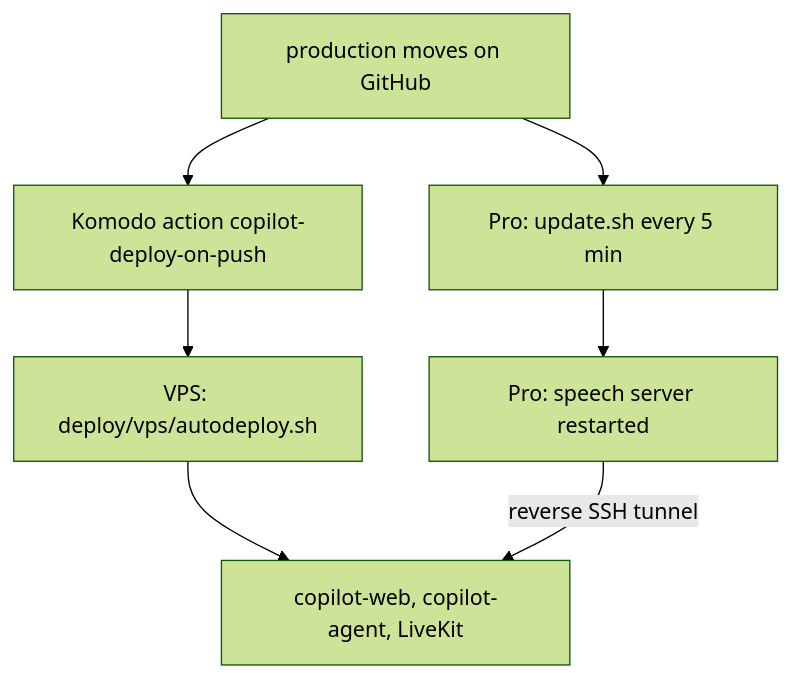
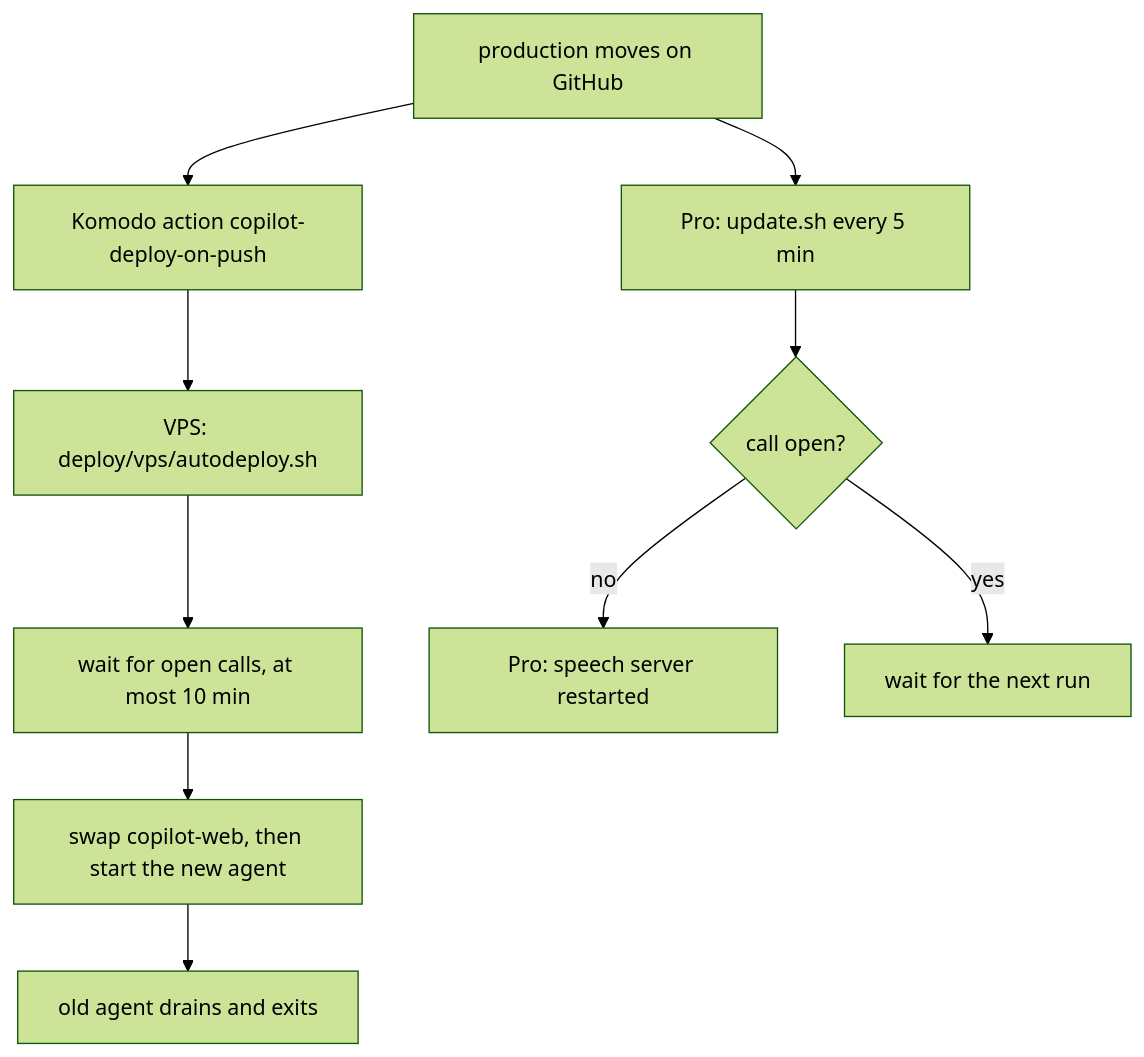
The diagram in deploy/README.md (pukujan-lab-2/voice-agent-research), drawn with Mermaid (forest theme) before and after one commit. The commit also changed other lines of this file and 20 other files, not shown here.

First line of the commit message:
Stop a deploy from cutting a live call: drain the agent, wait for calls, record the wait (#76)

````diff
--- a/deploy/README.md
+++ b/deploy/README.md
@@ -5,9 +5,12 @@
 ```mermaid
 graph TD
   A[production moves on GitHub] --> B[Komodo action copilot-deploy-on-push]
   A --> P[Pro: update.sh every 5 min]
   B --> C[VPS: deploy/vps/autodeploy.sh]
-  C --> D[copilot-web, copilot-agent, LiveKit]
-  P --> Q[Pro: speech server restarted]
-  Q -->|reverse SSH tunnel| D
+  C --> W[wait for open calls, at most 10 min]
+  W --> D[swap copilot-web, then start the new agent]
+  D --> E[old agent drains and exits]
+  P --> Q{call open?}
+  Q -->|no| R[Pro: speech server restarted]
+  Q -->|yes| S[wait for the next run]
 ```
````
